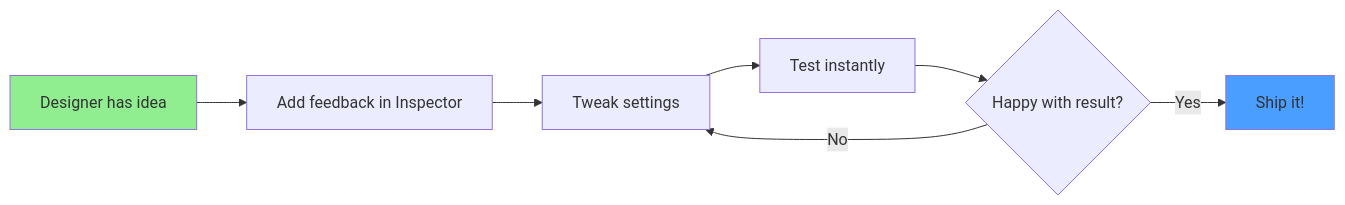
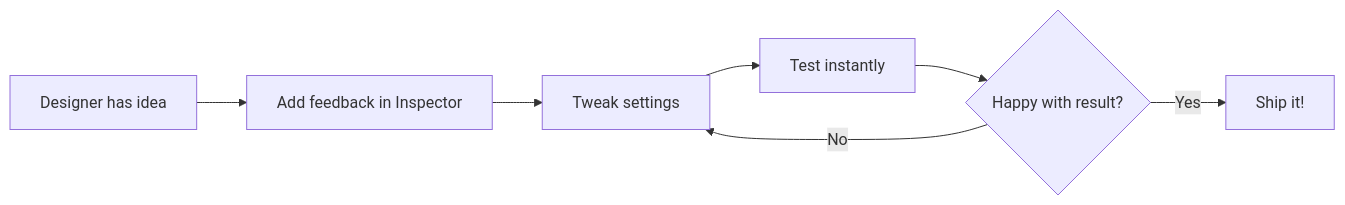
One commit to wallstop/unity-tips changed the diagram in docs/feel/README.md. Above: the diagram before and after it, drawn with Mermaid. The commit also changed 27 other files, not shown here.

Commit message:
Convert ASCII diagrams to Mermaid format (#30)

````diff
--- a/docs/feel/README.md
+++ b/docs/feel/README.md
@@ -173,12 +173,9 @@
 ```mermaid
 graph LR
     A[Designer has idea] --> B[Add feedback in Inspector]
     B --> C[Tweak settings]
     C --> D[Test instantly]
     D --> E{Happy with result?}
     E -->|No| C
     E -->|Yes| F[Ship it!]
-
-    style A fill:#90EE90
-    style F fill:#4a9eff
 ```
````
